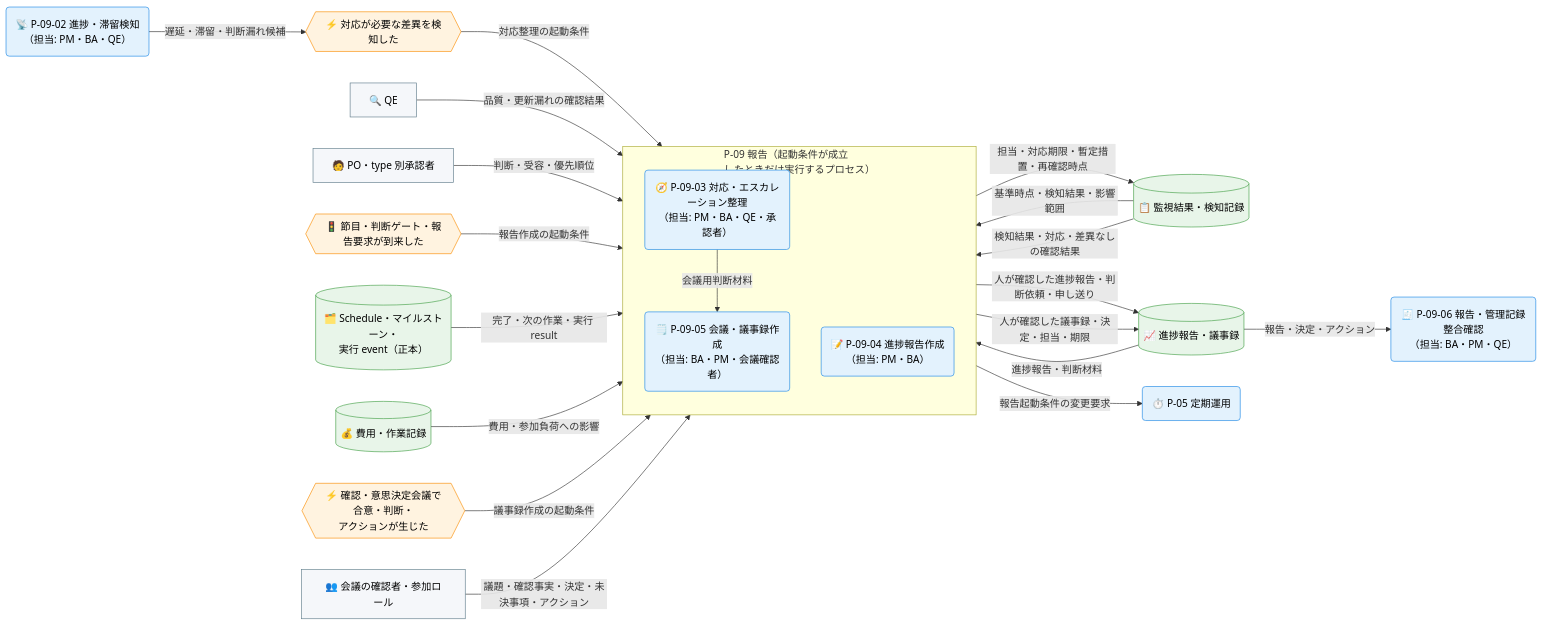
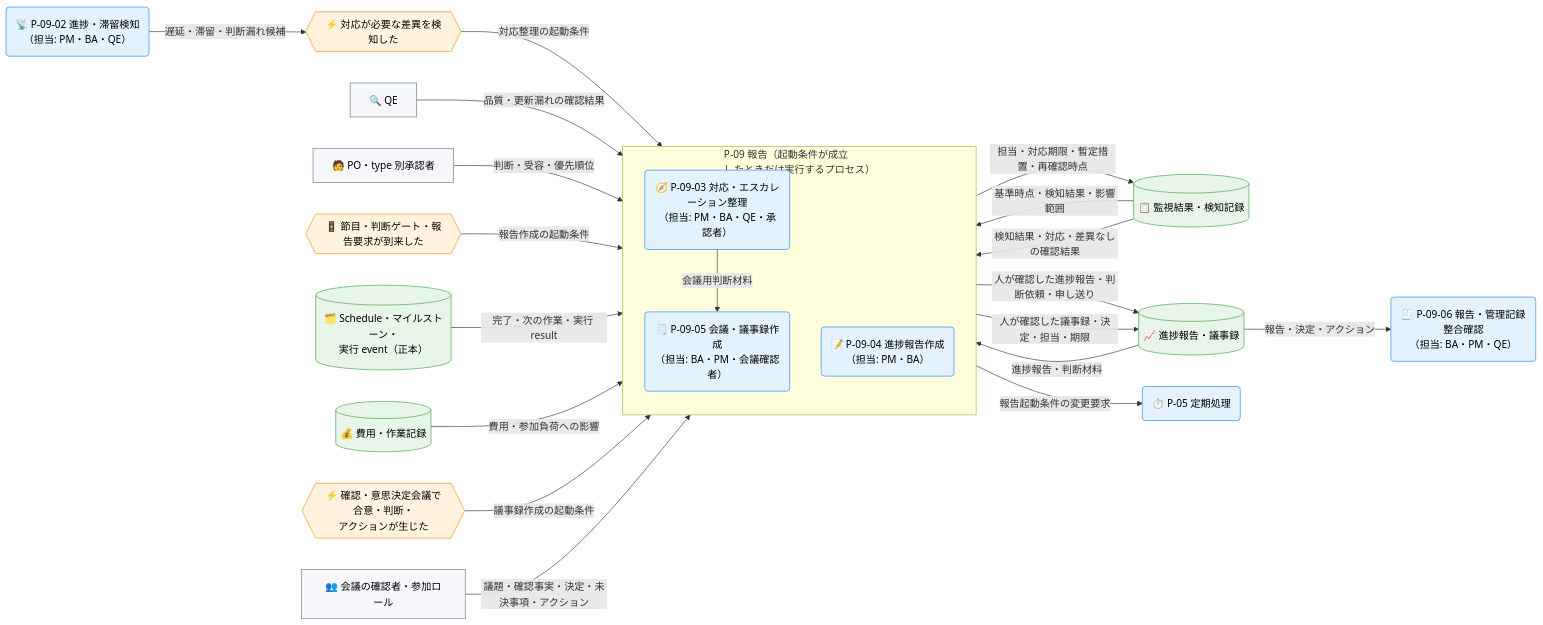
The third of 3 diagrams in docs/ja/product/010-business-specs/010-data-flow/cdfd-reporting.md (specdojo/specdojo), drawn with Mermaid before and after one commit. The commit also changed other lines of this file and 18 other files, not shown here.

First line of the commit message:
exec(T-DATA-FLOW-cdfd-overview-140): finalize cdfd-overview bootstrap

````diff
--- a/docs/ja/product/010-business-specs/010-data-flow/cdfd-reporting.md
+++ b/docs/ja/product/010-business-specs/010-data-flow/cdfd-reporting.md
@@ -194,59 +194,59 @@
 ```mermaid
 flowchart LR
   classDef process fill:#e3f2fd,stroke:#1e88e5,color:#000
   classDef event fill:#fff3e0,stroke:#fb8c00,color:#000
   classDef store fill:#e8f5e9,stroke:#43a047,color:#000
   classDef actor fill:#f5f7fa,stroke:#607d8b,color:#000
 
   PO承認者["🧑 PO・type 別承認者"]
   QE["🔍 QE"]
   会議確認者["👥 会議の確認者・参加ロール"]
 
   対応要否検知{{"⚡ 対応が必要な差異を検知した"}}
   報告契機到来{{"🚦 節目・判断ゲート・報告要求が到来した"}}
   会議実施{{"⚡ 確認・意思決定会議で合意・判断・<br>アクションが生じた"}}
 
   subgraph 条件付き群["P-09 報告（起動条件が成立<br>したときだけ実行するプロセス）"]
     direction TB
     対応エスカレーション整理("🧭 P-09-03 対応・エスカレーション整理<br>（担当: PM・BA・QE・承認者）")
     進捗報告作成("📝 P-09-04 進捗報告作成<br>（担当: PM・BA）")
     会議議事録作成("🗒️ P-09-05 会議・議事録作成<br>（担当: BA・PM・会議確認者）")
   end
 
   進捗滞留検知("📡 P-09-02 進捗・滞留検知<br>（担当: PM・BA・QE）")
   報告管理記録整合確認("🧾 P-09-06 報告・管理記録整合確認<br>（担当: BA・PM・QE）")
 
   Schedule実行正本[("🗂️ Schedule・マイルストーン・<br>実行 event（正本）")]
   費用作業記録[("💰 費用・作業記録")]
   監視結果[("📋 監視結果・検知記録")]
   報告記録[("📈 進捗報告・議事録")]
 
-  定期運用("⏱️ P-05 定期運用")
+  定期処理("⏱️ P-05 定期処理")
 
   進捗滞留検知 -->|"遅延・滞留・判断漏れ候補"| 対応要否検知
   対応要否検知 -->|"対応整理の起動条件"| 対応エスカレーション整理
   監視結果 -->|"基準時点・検知結果・影響範囲"| 対応エスカレーション整理
   QE -->|"品質・更新漏れの確認結果"| 対応エスカレーション整理
   PO承認者 -->|"判断・受容・優先順位"| 対応エスカレーション整理
   対応エスカレーション整理 -->|"担当・対応期限・暫定措置・再確認時点"| 監視結果
-  対応エスカレーション整理 -->|"報告起動条件の変更要求"| 定期運用
+  対応エスカレーション整理 -->|"報告起動条件の変更要求"| 定期処理
 
   報告契機到来 -->|"報告作成の起動条件"| 進捗報告作成
   監視結果 -->|"検知結果・対応・差異なしの確認結果"| 進捗報告作成
   Schedule実行正本 -->|"完了・次の作業・実行 result"| 進捗報告作成
   費用作業記録 -->|"費用・参加負荷への影響"| 進捗報告作成
   進捗報告作成 -->|"人が確認した進捗報告・判断依頼・申し送り"| 報告記録
 
   会議実施 -->|"議事録作成の起動条件"| 会議議事録作成
   会議確認者 -->|"議題・確認事実・決定・未決事項・アクション"| 会議議事録作成
   報告記録 -->|"進捗報告・判断材料"| 会議議事録作成
   対応エスカレーション整理 -->|"会議用判断材料"| 会議議事録作成
   会議議事録作成 -->|"人が確認した議事録・決定・担当・期限"| 報告記録
 
   報告記録 -->|"報告・決定・アクション"| 報告管理記録整合確認
 
-  class 対応エスカレーション整理,進捗報告作成,会議議事録作成,進捗滞留検知,報告管理記録整合確認,定期運用 process
+  class 対応エスカレーション整理,進捗報告作成,会議議事録作成,進捗滞留検知,報告管理記録整合確認,定期処理 process
   class 対応要否検知,報告契機到来,会議実施 event
   class Schedule実行正本,費用作業記録,監視結果,報告記録 store
   class PO承認者,QE,会議確認者 actor
 ```
````
